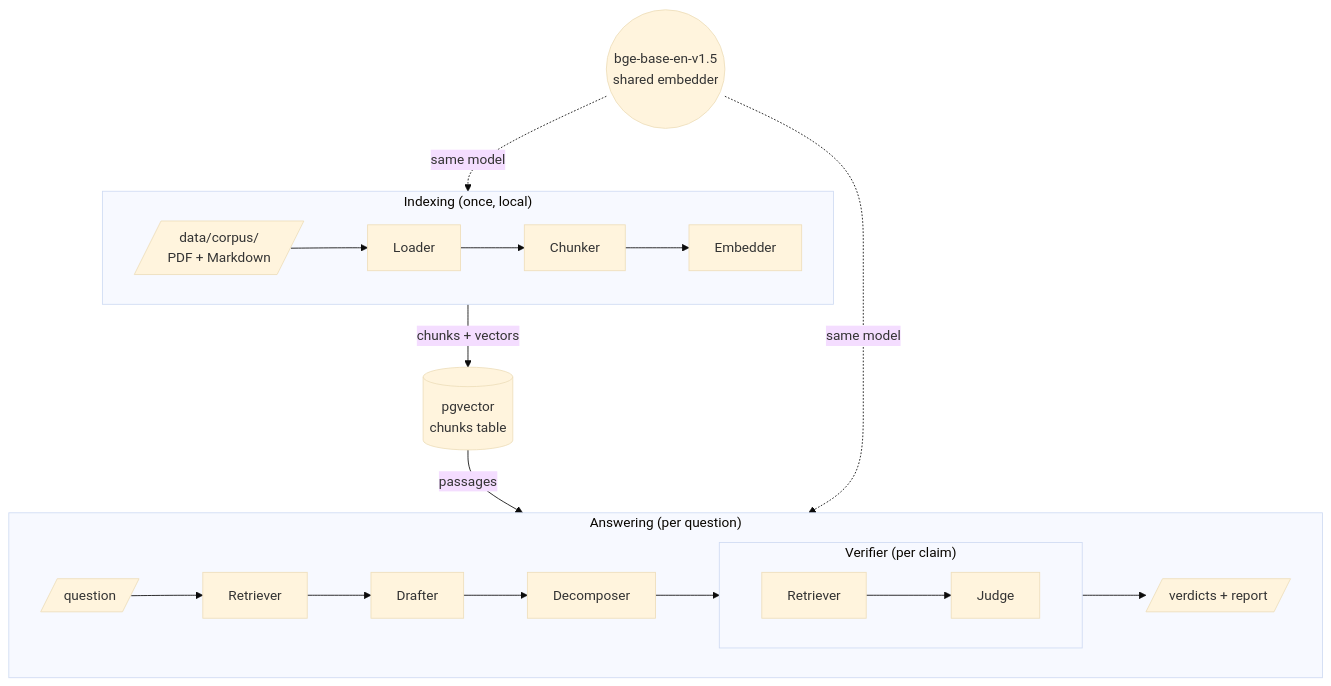
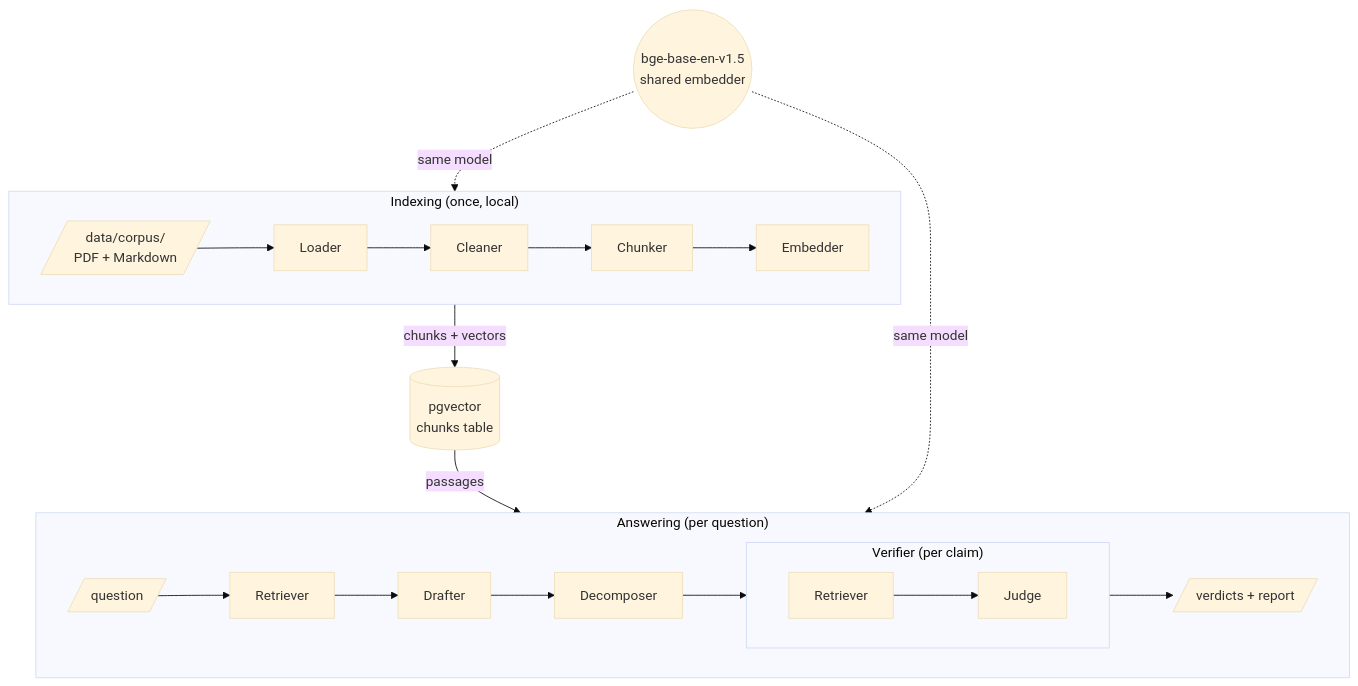
One commit to Benarbiaa/claim-verify-rag changed the first of 12 diagrams in docs/design.md. Above: the diagram before and after it, drawn with Mermaid (base theme). The commit also changed other lines of this file and 4 other files, not shown here.

````diff
--- a/docs/design.md
+++ b/docs/design.md
@@ -27,22 +27,22 @@
 ```mermaid
 flowchart TB
     EM(("bge-base-en-v1.5<br/>shared embedder"))
     subgraph IDX["Indexing (once, local)"]
         direction LR
-        F[/"data/corpus/<br/>PDF + Markdown"/] --> L[Loader] --> C[Chunker] --> E1[Embedder]
+        F[/"data/corpus/<br/>PDF + Markdown"/] --> L[Loader] --> CL[Cleaner] --> C[Chunker] --> E1[Embedder]
     end
     DB[("pgvector<br/>chunks table")]
     subgraph ANS["Answering (per question)"]
         direction LR
         Q[/question/] --> R1[Retriever] --> D[Drafter] --> DC[Decomposer] --> V
         subgraph V["Verifier (per claim)"]
             direction LR
             R2[Retriever] --> J[Judge]
         end
         V --> O[/"verdicts + report"/]
     end
     IDX -->|chunks + vectors| DB
     DB -->|passages| ANS
     EM -.->|same model| IDX
     EM -.->|same model| ANS
 ```
````
